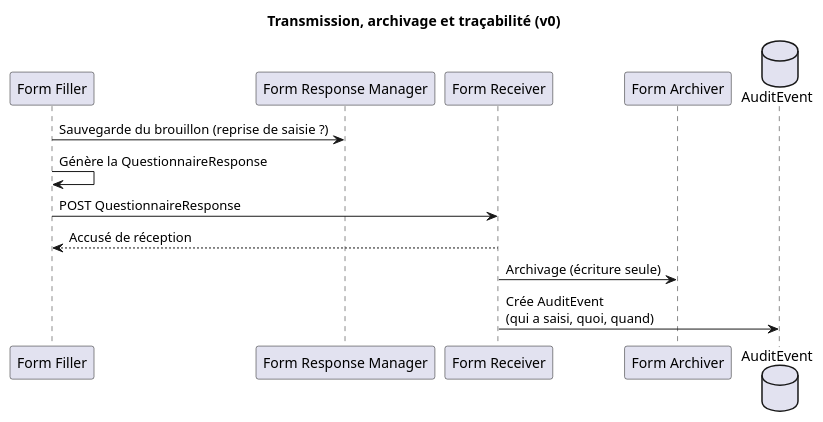
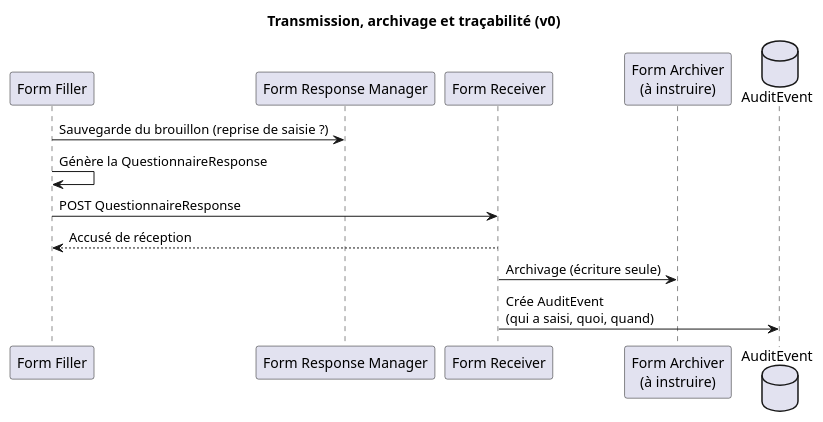
Before and after one commit to nriss/ig-test-dmso: the diagram in input/images-source/architecture-flux-transmission.plantuml, drawn with PlantUML. The commit also changed 1 other file, not shown here.

Commit message:
Architecture : tableau des acteurs complété, exemple question/réponse, cellule Form Filler corrigée

```diff
--- a/input/images-source/architecture-flux-transmission.plantuml
+++ b/input/images-source/architecture-flux-transmission.plantuml
@@ -1,17 +1,17 @@
 @startuml
 ' Version 0 - à améliorer
 title Transmission, archivage et traçabilité (v0)
 
 participant "Form Filler" as FF
 participant "Form Response Manager" as FRM
 participant "Form Receiver" as FR
-participant "Form Archiver" as FA
+participant "Form Archiver\n(à instruire)" as FA
 database "AuditEvent" as AUD
 
 FF -> FRM : Sauvegarde du brouillon (reprise de saisie ?)
 FF -> FF : Génère la QuestionnaireResponse
 FF -> FR : POST QuestionnaireResponse
 FR --> FF : Accusé de réception
 FR -> FA : Archivage (écriture seule)
 FR -> AUD : Crée AuditEvent\n(qui a saisi, quoi, quand)
 @enduml
```
